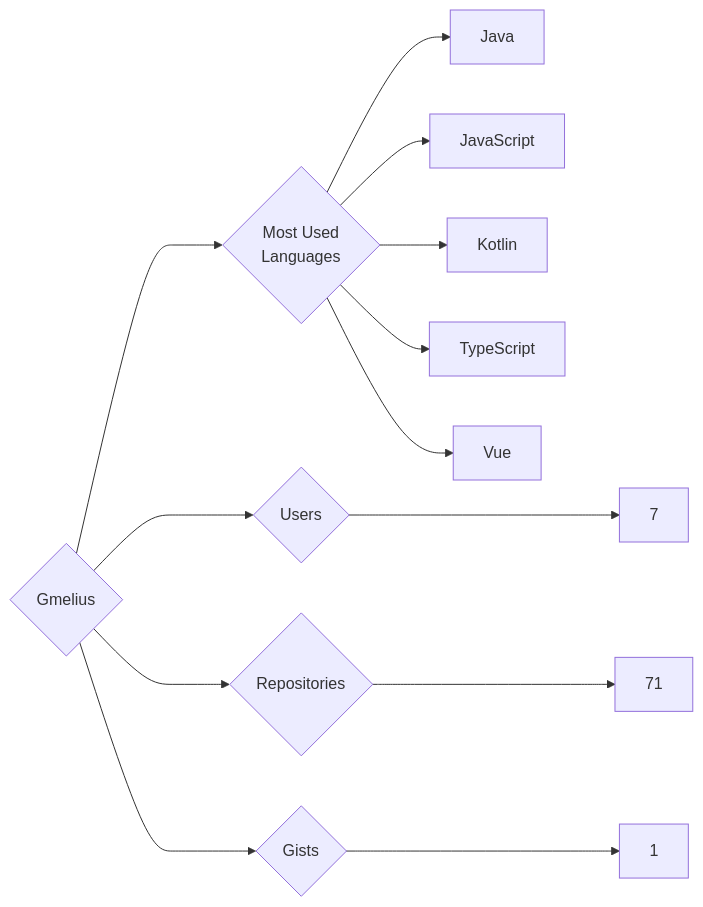
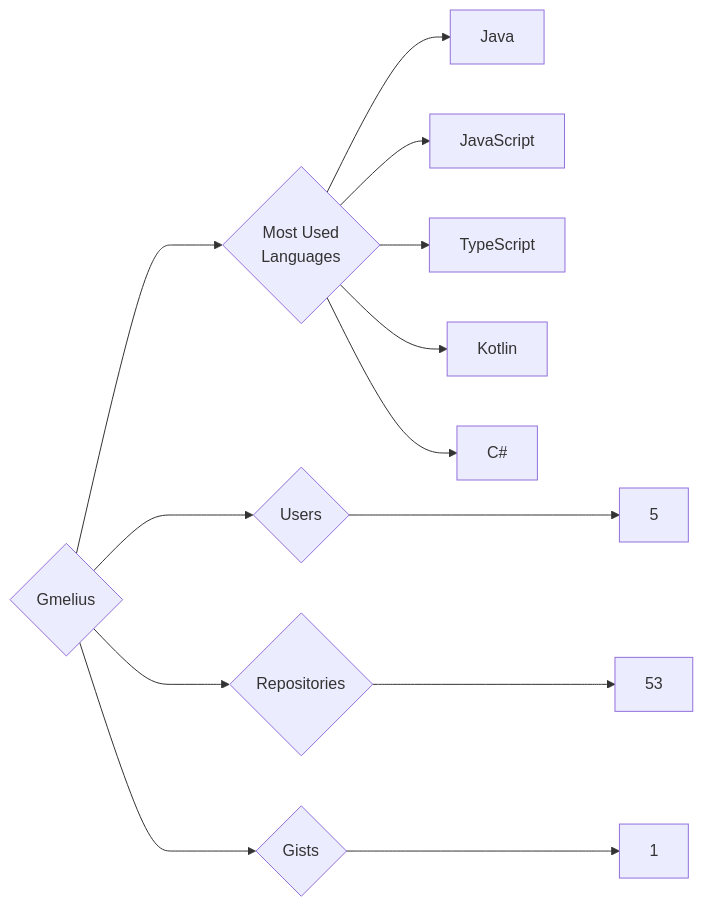
One commit to trickest/insiders changed the diagram in targets/Gmelius/README.md. Above: the diagram before and after it, drawn with Mermaid. The commit also changed 944 other files, not shown here.

````diff
--- a/targets/Gmelius/README.md
+++ b/targets/Gmelius/README.md
@@ -3,13 +3,13 @@
 ```mermaid
 graph LR
 COMPANY_NAME{Gmelius}
-COMPANY_NAME ---> U{Users} ---> UN[7]
-COMPANY_NAME ---> R{Repositories} ---> RN[71]
+COMPANY_NAME ---> U{Users} ---> UN[5]
+COMPANY_NAME ---> R{Repositories} ---> RN[53]
 COMPANY_NAME ---> G{Gists} ---> GN[1]
 COMPANY_NAME ---> ML{Most Used<br>Languages}
 ML --> Java[Java]
 ML --> JavaScript[JavaScript]
+ML --> TypeScript[TypeScript]
 ML --> Kotlin[Kotlin]
-ML --> TypeScript[TypeScript]
-ML --> Vue[Vue]
+ML --> C#[C#]
 ```
````
